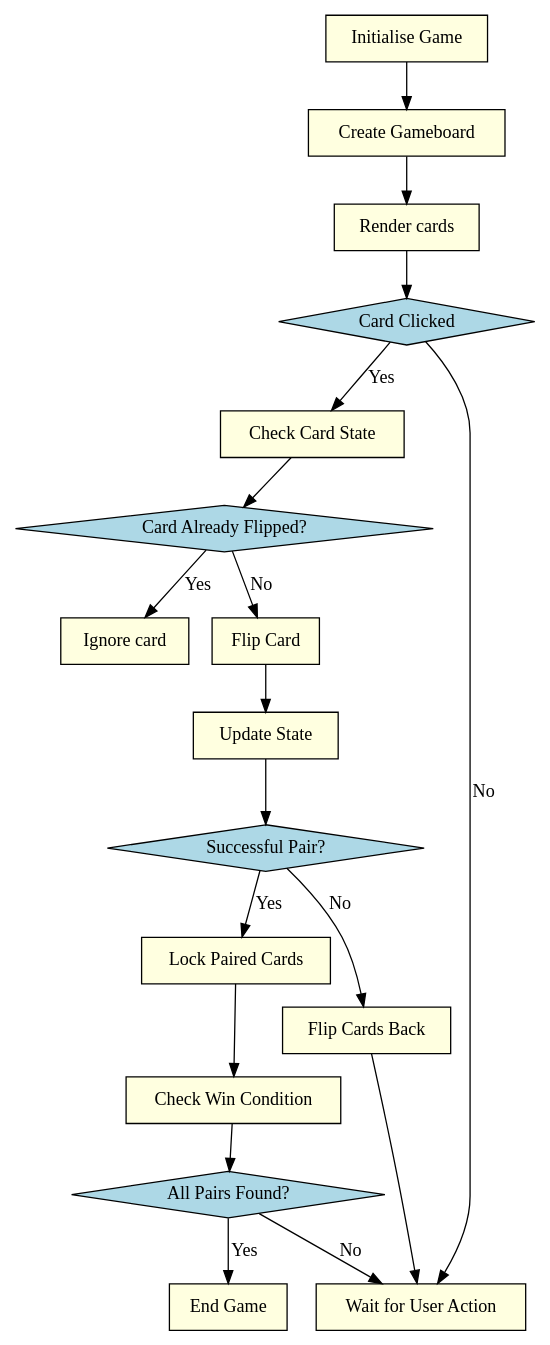
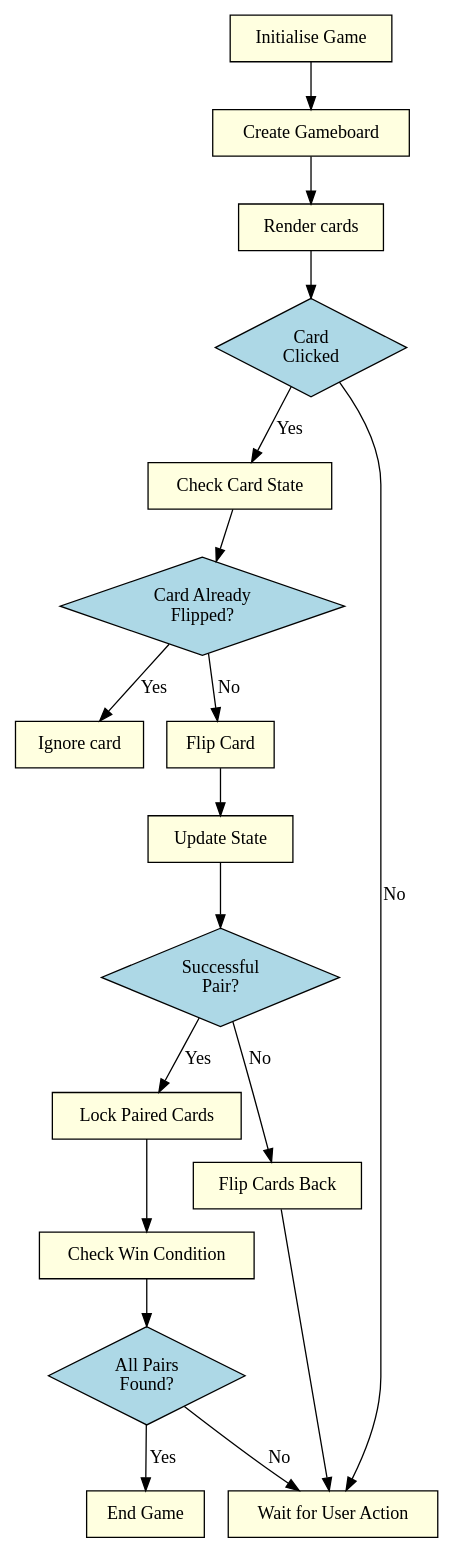
One commit to alexakode/reactmemorylight changed the diagram in gameflow.dot. Above: the diagram before and after it, drawn with Graphviz. The commit also changed 13 other files, not shown here.

```diff
--- a/gameflow.dot
+++ b/gameflow.dot
@@ -1,20 +1,20 @@
 digraph MemoryGame {
     node [shape=box, style=filled, fillcolor=lightyellow]
-    "Initialise Game" -> "Create Gameboard" -> "Render cards" -> "Card Clicked";
-    "Card Clicked" [shape=diamond, fillcolor=lightblue];
-    "Card Clicked" -> "Check Card State" [label="Yes"];
-    "Check Card State" -> "Card Already Flipped?";
-    "Card Already Flipped?" [shape=diamond, fillcolor=lightblue];
-    "Card Already Flipped?" -> "Ignore card" [label="Yes"];
-    "Card Already Flipped?" -> "Flip Card" [label="No"];
-    "Flip Card" -> "Update State" -> "Successful Pair?";
-    "Successful Pair?" [shape=diamond, fillcolor=lightblue];
-    "Successful Pair?" -> "Lock Paired Cards" [label="Yes"];
-    "Lock Paired Cards" -> "Check Win Condition" -> "All Pairs Found?";
-    "All Pairs Found?" [shape=diamond, fillcolor=lightblue];
-    "All Pairs Found?" -> "End Game" [label="Yes"];
-    "All Pairs Found?" -> "Wait for User Action" [label="No"];
-    "Successful Pair?" -> "Flip Cards Back" [label="No"];
+    "Initialise Game" -> "Create Gameboard" -> "Render cards" -> "Card\n Clicked";
+    "Card\n Clicked" [shape=diamond, fillcolor=lightblue];
+    "Card\n Clicked" -> "Check Card State" [label="Yes"];
+    "Check Card State" -> "Card Already\n Flipped?";
+    "Card Already\n Flipped?" [shape=diamond, fillcolor=lightblue];
+    "Card Already\n Flipped?" -> "Ignore card" [label="Yes"];
+    "Card Already\n Flipped?" -> "Flip Card" [label="No"];
+    "Flip Card" -> "Update State" -> "Successful\n Pair?";
+    "Successful\n Pair?" [shape=diamond, fillcolor=lightblue];
+    "Successful\n Pair?" -> "Lock Paired Cards" [label="Yes"];
+    "Lock Paired Cards" -> "Check Win Condition" -> "All Pairs\n Found?";
+    "All Pairs\n Found?" [shape=diamond, fillcolor=lightblue];
+    "All Pairs\n Found?" -> "End Game" [label="Yes"];
+    "All Pairs\n Found?" -> "Wait for User Action" [label="No"];
+    "Successful\n Pair?" -> "Flip Cards Back" [label="No"];
     "Flip Cards Back" -> "Wait for User Action";
-    "Card Clicked" -> "Wait for User Action" [label="No"];
+    "Card\n Clicked" -> "Wait for User Action" [label="No"];
 }
```
